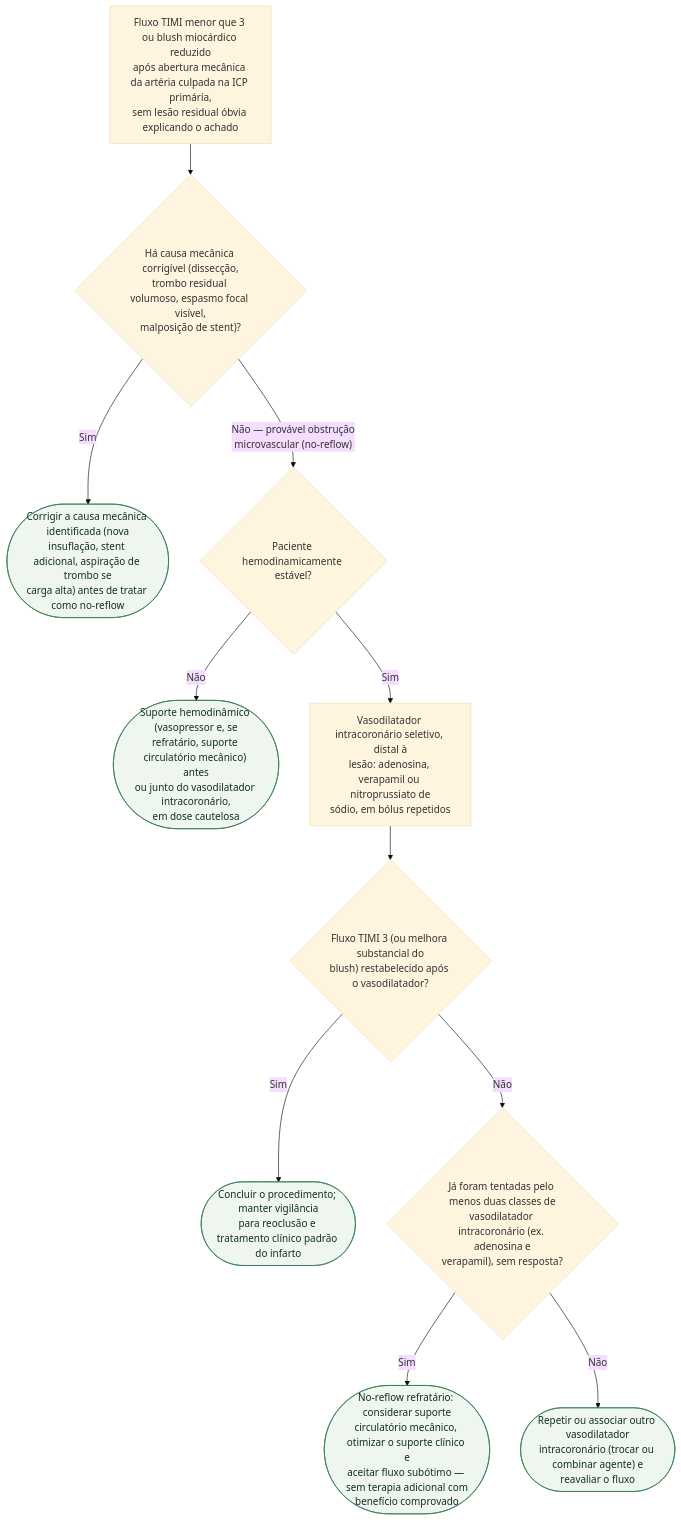
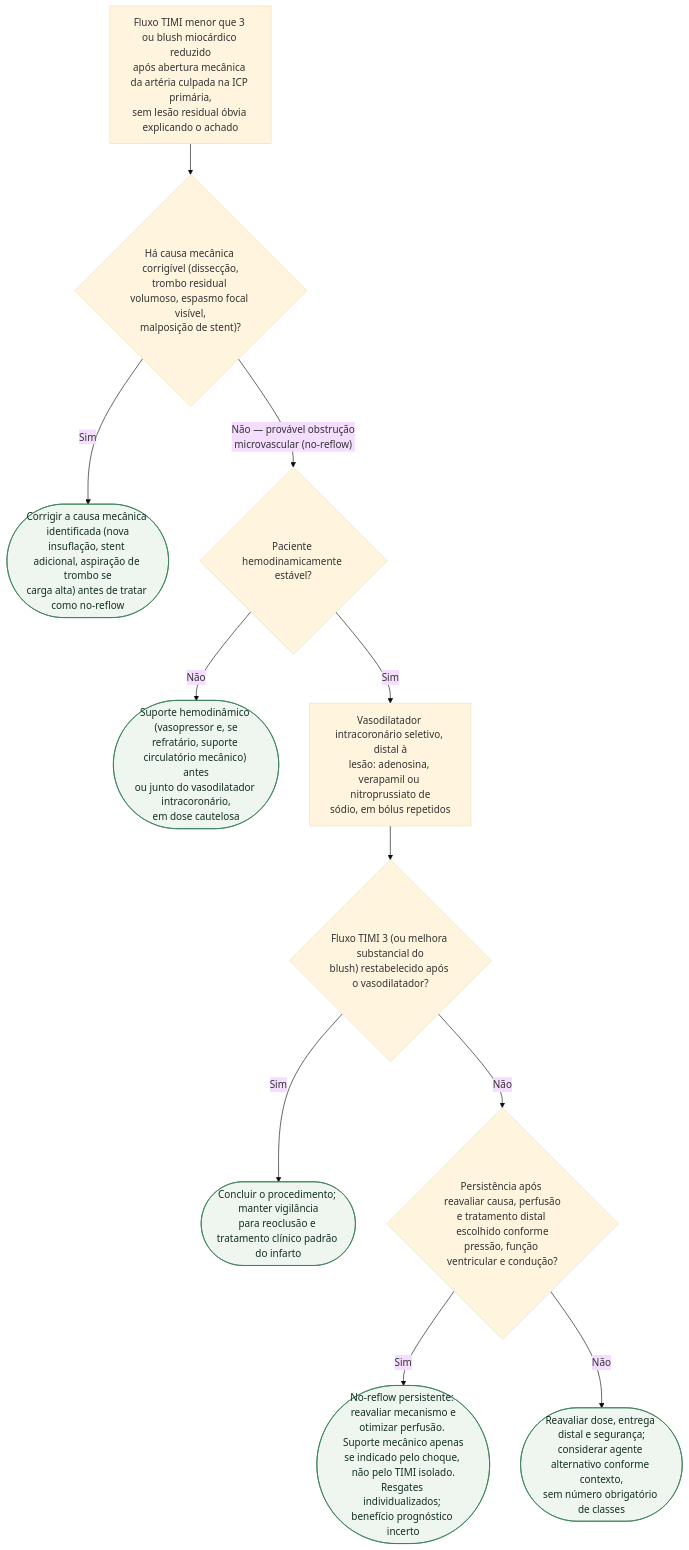
The diagram in content/Doença_coronariana/fluxograma-manejo-do-no-reflow-na-icp-primaria.md (rafaelpaesmeirelles/MeuCardio), drawn with Mermaid (base theme) before and after one commit. The commit also changed other lines of this file and 33 other files, not shown here.

````diff
--- a/content/Doença_coronariana/fluxograma-manejo-do-no-reflow-na-icp-primaria.md
+++ b/content/Doença_coronariana/fluxograma-manejo-do-no-reflow-na-icp-primaria.md
@@ -25,25 +37,25 @@
 ```mermaid
 flowchart TD
   R0["Fluxo TIMI menor que 3 ou blush miocárdico reduzido<br/>após abertura mecânica da artéria culpada na ICP primária,<br/>sem lesão residual óbvia explicando o achado"] --> D1{"Há causa mecânica corrigível (dissecção,<br/>trombo residual volumoso, espasmo focal visível,<br/>malposição de stent)?"}
 
   D1 -->|"Sim"| C1(["Corrigir a causa mecânica identificada (nova<br/>insuflação, stent adicional, aspiração de trombo se<br/>carga alta) antes de tratar como no-reflow"])
 
   D1 -->|"Não — provável obstrução<br/>microvascular (no-reflow)"| D2{"Paciente hemodinamicamente estável?"}
 
   D2 -->|"Não"| C2(["Suporte hemodinâmico (vasopressor e, se<br/>refratário, suporte circulatório mecânico) antes<br/>ou junto do vasodilatador intracoronário,<br/>em dose cautelosa"])
 
   D2 -->|"Sim"| P1["Vasodilatador intracoronário seletivo, distal à<br/>lesão: adenosina, verapamil ou nitroprussiato de<br/>sódio, em bólus repetidos"]
 
   P1 --> D3{"Fluxo TIMI 3 (ou melhora substancial do<br/>blush) restabelecido após o vasodilatador?"}
 
   D3 -->|"Sim"| C3(["Concluir o procedimento; manter vigilância<br/>para reoclusão e tratamento clínico padrão do infarto"])
 
-  D3 -->|"Não"| D4{"Já foram tentadas pelo menos duas classes de<br/>vasodilatador intracoronário (ex. adenosina e<br/>verapamil), sem resposta?"}
+  D3 -->|"Não"| D4{"Persistência após reavaliar causa, perfusão<br/>e tratamento distal escolhido conforme<br/>pressão, função ventricular e condução?"}
 
-  D4 -->|"Sim"| C4(["No-reflow refratário: considerar suporte<br/>circulatório mecânico, otimizar o suporte clínico e<br/>aceitar fluxo subótimo — sem terapia adicional com<br/>benefício comprovado"])
+  D4 -->|"Sim"| C4(["No-reflow persistente: reavaliar mecanismo e<br/>otimizar perfusão. Suporte mecânico apenas<br/>se indicado pelo choque, não pelo TIMI isolado.<br/>Resgates individualizados; benefício prognóstico incerto"])
 
-  D4 -->|"Não"| C5(["Repetir ou associar outro vasodilatador<br/>intracoronário (trocar ou combinar agente) e<br/>reavaliar o fluxo"])
+  D4 -->|"Não"| C5(["Reavaliar dose, entrega distal e segurança;<br/>considerar agente alternativo conforme contexto,<br/>sem número obrigatório de classes"])
 
   classDef conduta fill:#eef6ef,stroke:#2f7a4f,color:#12301f;
   class C1,C2,C3,C4,C5 conduta;
 ```
````
